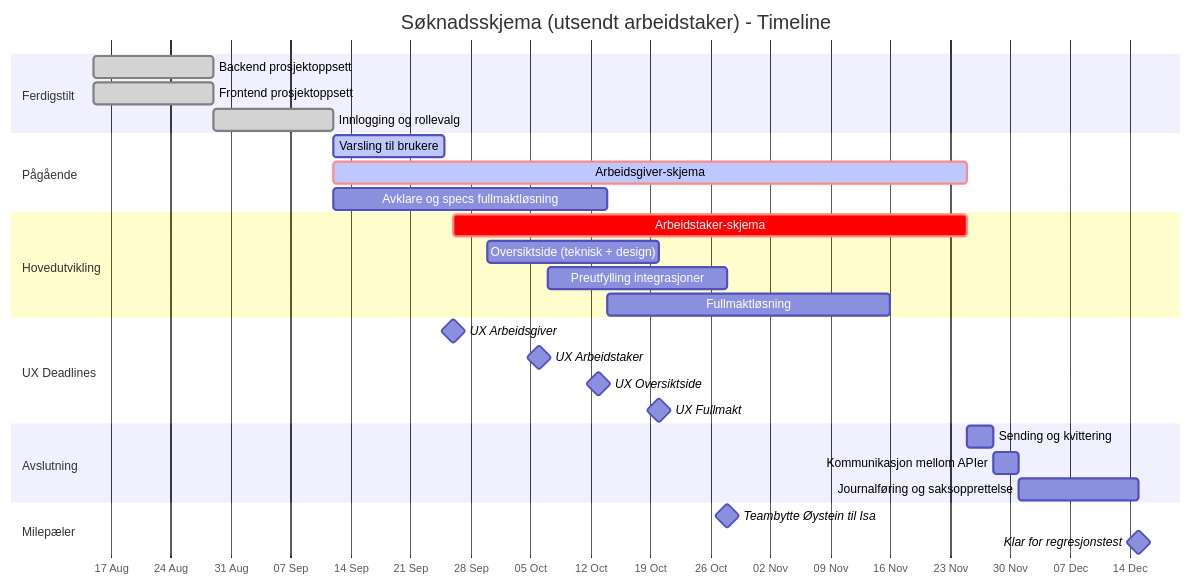
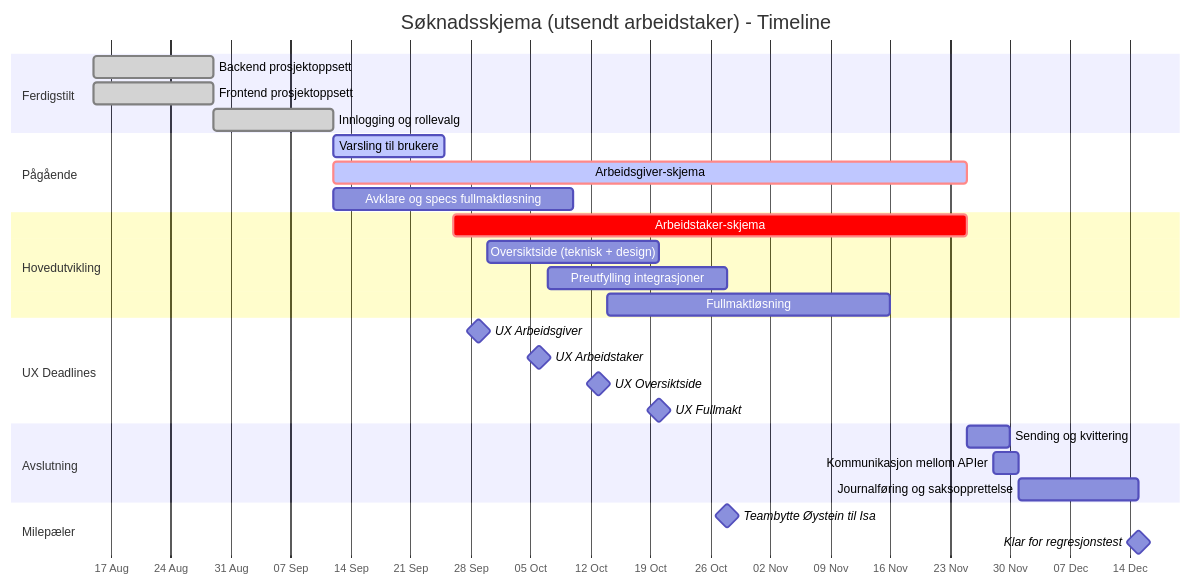
The diagram in oppgaver.md (navikt/melosys-skjema-api), drawn with Mermaid before and after one commit. The commit also changed other lines of this file, not shown here.

````diff
--- a/oppgaver.md
+++ b/oppgaver.md
@@ -13,37 +13,37 @@
 ```mermaid
 gantt
     title Søknadsskjema (utsendt arbeidstaker) - Timeline
     dateFormat YYYY-MM-DD
     axisFormat %d %b
     
     section Ferdigstilt
     Backend prosjektoppsett           :done, backend, 2025-08-15, 14d
     Frontend prosjektoppsett          :done, frontend, 2025-08-15, 14d
     Innlogging og rollevalg           :done, auth, 2025-08-29, 14d
     
     section Pågående
     Varsling til brukere              :active, varsling, 2025-09-12, 2025-09-25
     Arbeidsgiver-skjema               :crit, active, agskjema, 2025-09-12, 2025-11-25
-    Avklare og specs fullmaktløsning  :avklarefullmakt, 2025-09-12, 32d
+    Avklare og specs fullmaktløsning  :avklarefullmakt, 2025-09-12, 28d
     
     section Hovedutvikling
     Arbeidstaker-skjema               :crit, atskjema, 2025-09-26, 2025-11-25
     Oversiktside (teknisk + design)   :oversikt, 2025-09-30, 20d
     Preutfylling integrasjoner        :prefill, 2025-10-07, 21d
     Fullmaktløsning                   :fullmakt, 2025-10-14, 33d
     
     section UX Deadlines
-    UX Arbeidsgiver                   :milestone, uxag, 2025-09-26, 0d
+    UX Arbeidsgiver                   :milestone, uxag, 2025-09-29, 0d
     UX Arbeidstaker                   :milestone, uxat, 2025-10-06, 0d
     UX Oversiktside                   :milestone, uxoversikt, 2025-10-13, 0d
     UX Fullmakt                       :milestone, uxfullmakt, 2025-10-20, 0d
     
     section Avslutning
-    Sending og kvittering             :sending, 2025-11-25, 3d
+    Sending og kvittering             :sending, 2025-11-25, 5d
     Kommunikasjon mellom APIer        :komm, 2025-11-28, 3d
     Journalføring og saksopprettelse  :journal, 2025-12-01, 2025-12-15
     
     section Milepæler
     Teambytte Øystein til Isa         :milestone, 2025-10-28, 0d
     Klar for regresjonstest           :milestone, 2025-12-15, 0d
 ```
````
